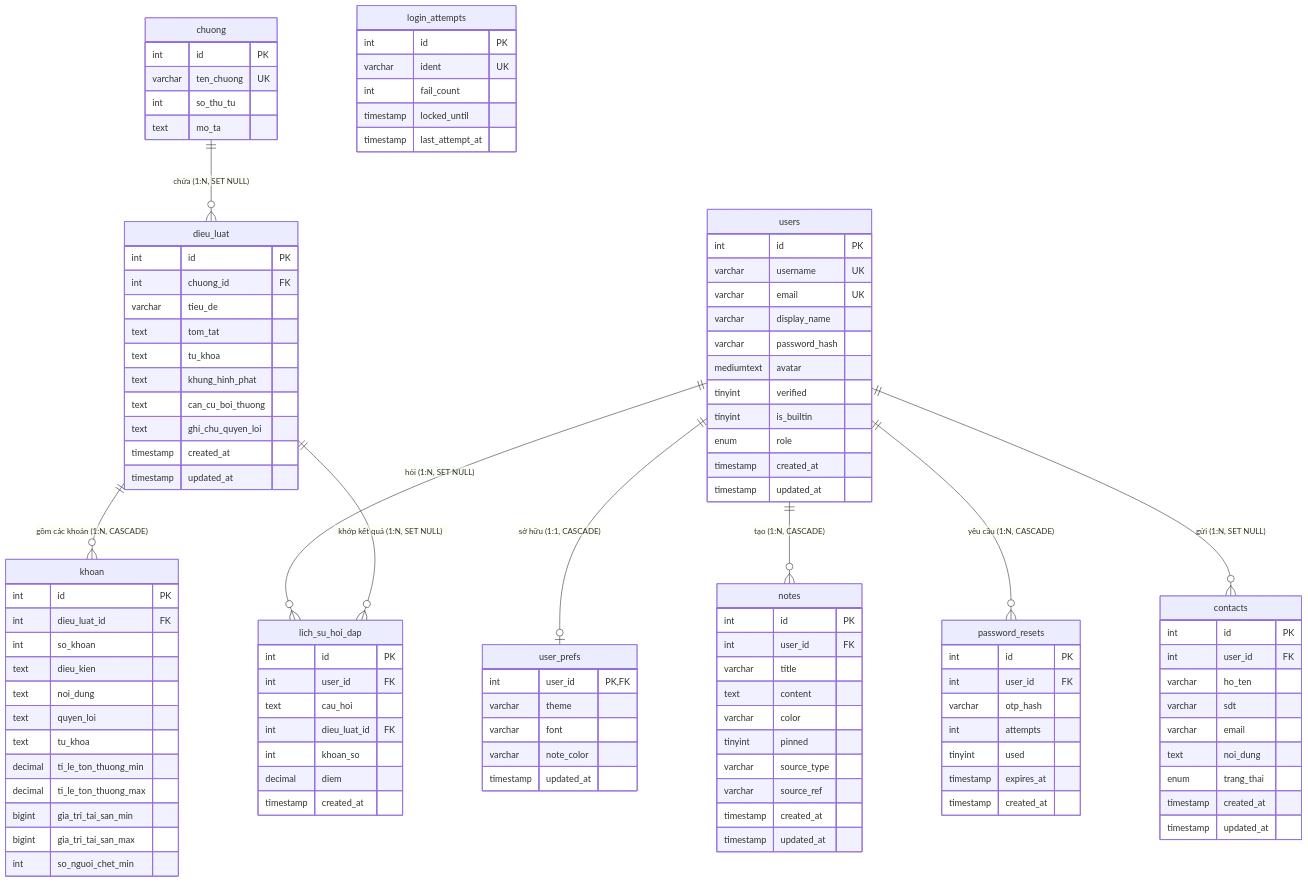
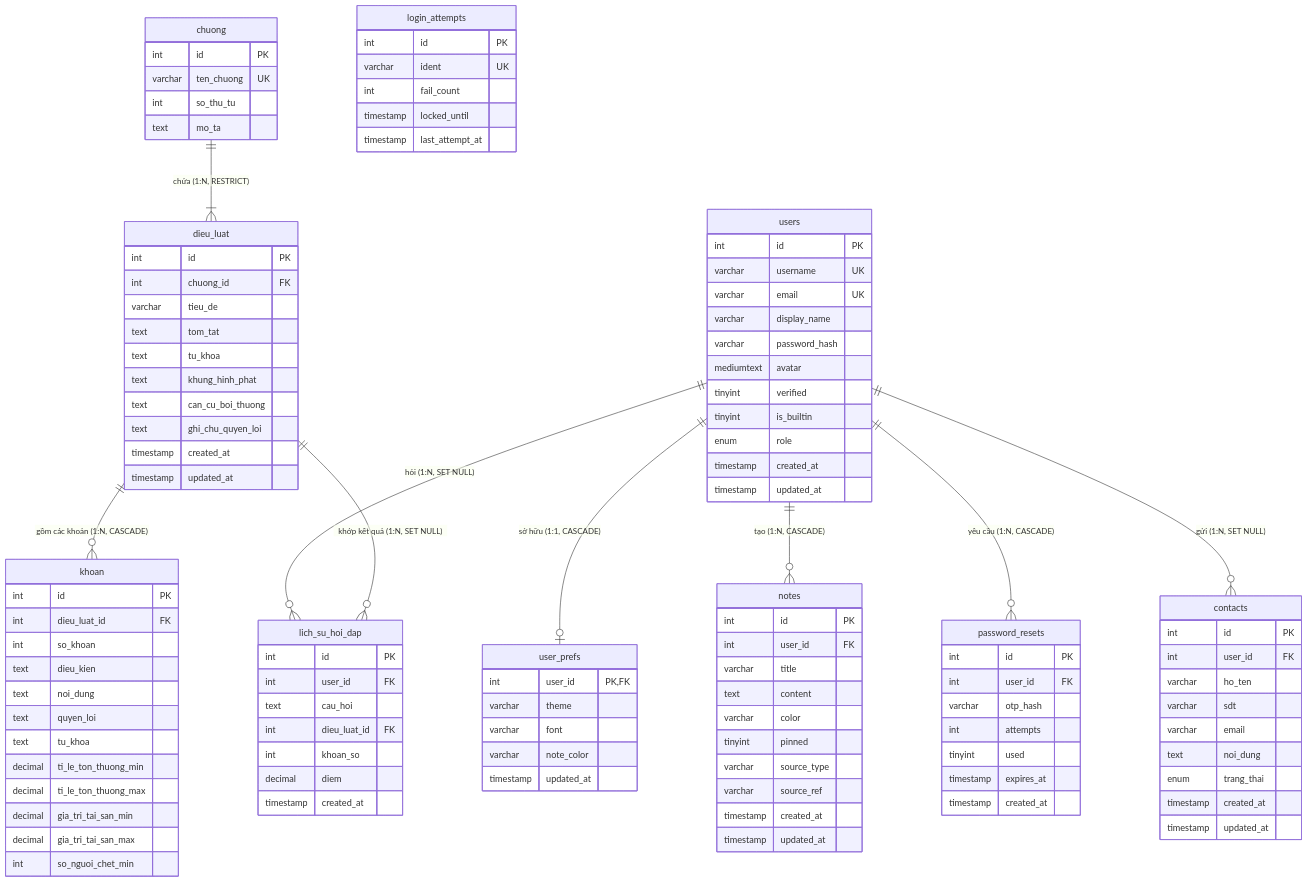
Before and after one commit to hnkhoi1/web-project: the diagram in docs/DATABASE.md, drawn with Mermaid. The commit also changed other lines of this file and 3 other files, not shown here.

```diff
--- a/docs/DATABASE.md
+++ b/docs/DATABASE.md
@@ -40,7 +40,7 @@
     users ||--o{ contacts : "gửi (1:N, SET NULL)"
     users ||--o{ lich_su_hoi_dap : "hỏi (1:N, SET NULL)"
 
-    chuong ||--o{ dieu_luat : "chứa (1:N, SET NULL)"
+    chuong ||--|{ dieu_luat : "chứa (1:N, RESTRICT)"
     dieu_luat ||--o{ khoan : "gồm các khoản (1:N, CASCADE)"
     dieu_luat ||--o{ lich_su_hoi_dap : "khớp kết quả (1:N, SET NULL)"
 
@@ -139,8 +139,8 @@
         text tu_khoa
         decimal ti_le_ton_thuong_min
         decimal ti_le_ton_thuong_max
-        bigint gia_tri_tai_san_min
-        bigint gia_tri_tai_san_max
+        decimal gia_tri_tai_san_min
+        decimal gia_tri_tai_san_max
         int so_nguoi_chet_min
     }
 
```
